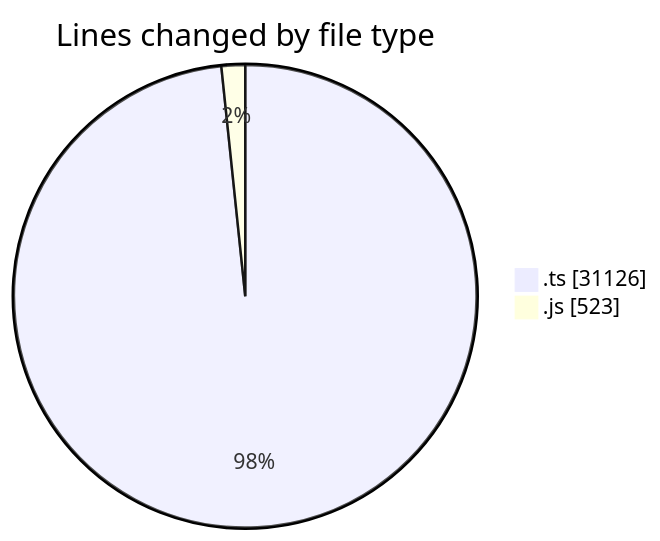
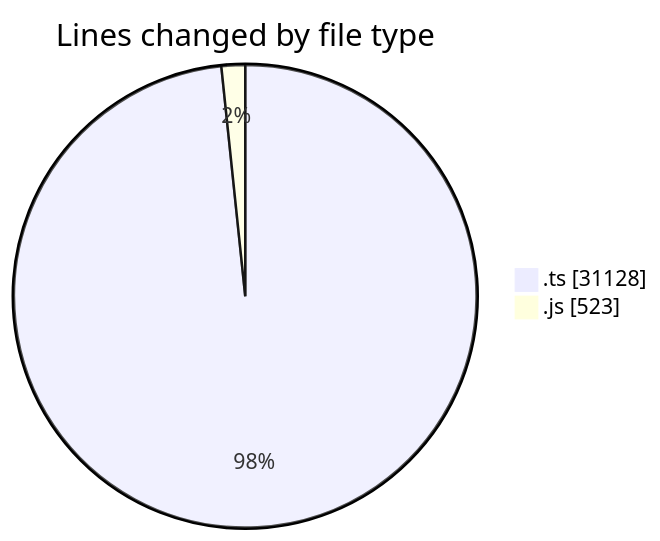
One commit to momahboobian/code-tracking changed the first of 2 diagrams in 2025-07-31/cda/README.md. Above: the diagram before and after it, drawn with Mermaid. The commit also changed other lines of this file and 1 other file, not shown here.

````diff
--- a/2025-07-31/cda/README.md
+++ b/2025-07-31/cda/README.md
@@ -23,6 +23,6 @@
 ```mermaid
 pie showData
 title Lines changed by file type
-".ts" : 31126
+".ts" : 31128
 ".js" : 523
 ```
````
